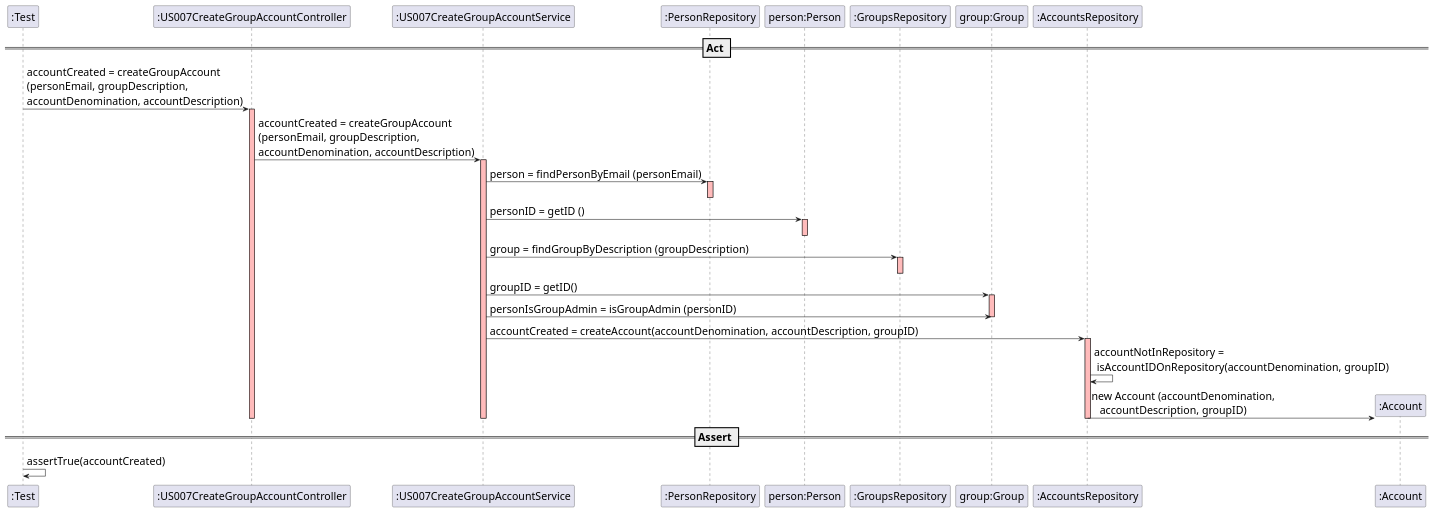
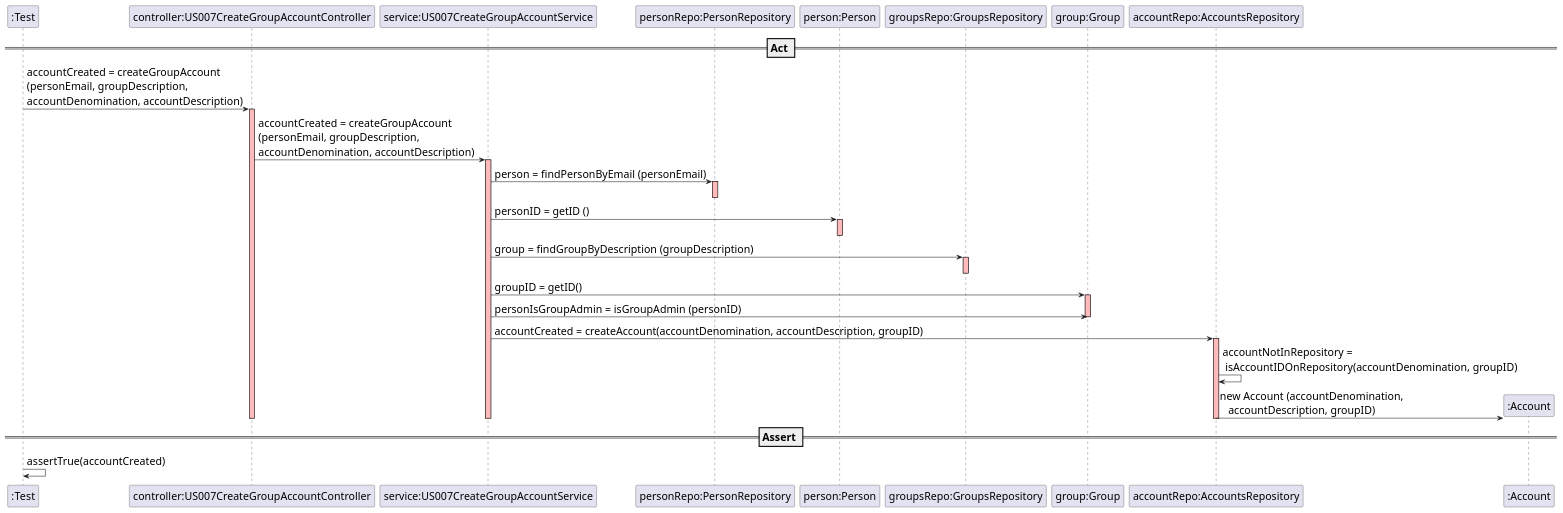
Before and after one commit to mleitaoribeiro/DevOpsMaven: the diagram in src/main/java/switch2019/project/controllers/US007CreateGroupAccountSD.puml, drawn with PlantUML. The commit also changed 2 other files, not shown here.

Commit message:
fixed #653 fixed #683 fixed #682 : changed US007 Sequence Diagram | changed Tests

```diff
--- a/src/main/java/switch2019/project/controllers/US007CreateGroupAccountSD.puml
+++ b/src/main/java/switch2019/project/controllers/US007CreateGroupAccountSD.puml
@@ -1,61 +1,61 @@
 @startuml
 skinparam DefaultFontSize 20
 
 participant ":Test"
-participant ":US007CreateGroupAccountController"
-participant ":US007CreateGroupAccountService"
-participant ":PersonRepository"
+participant "controller:US007CreateGroupAccountController"
+participant "service:US007CreateGroupAccountService"
+participant "personRepo:PersonRepository"
 participant "person:Person"
-participant ":GroupsRepository"
+participant "groupsRepo:GroupsRepository"
 participant "group:Group"
-participant ":AccountsRepository"
+participant "accountRepo:AccountsRepository"
 participant ":Account"
 
 == Act ==
 
-":Test" -> ":US007CreateGroupAccountController" : accountCreated = createGroupAccount\n(personEmail, groupDescription, \naccountDenomination, accountDescription)
-activate ":US007CreateGroupAccountController"  #FFBBBB
+":Test" -> "controller:US007CreateGroupAccountController" : accountCreated = createGroupAccount\n(personEmail, groupDescription, \naccountDenomination, accountDescription)
+activate "controller:US007CreateGroupAccountController"  #FFBBBB
 
-":US007CreateGroupAccountController" -> ":US007CreateGroupAccountService" : accountCreated = createGroupAccount\n(personEmail, groupDescription, \naccountDenomination, accountDescription)
-activate ":US007CreateGroupAccountService"  #FFBBBB
+"controller:US007CreateGroupAccountController" -> "service:US007CreateGroupAccountService" : accountCreated = createGroupAccount\n(personEmail, groupDescription, \naccountDenomination, accountDescription)
+activate "service:US007CreateGroupAccountService"  #FFBBBB
 
-":US007CreateGroupAccountService" -> ":PersonRepository" : person = findPersonByEmail (personEmail)
-activate ":PersonRepository"  #FFBBBB
-deactivate ":PersonRepository"  #FFBBBB
+"service:US007CreateGroupAccountService" -> "personRepo:PersonRepository" : person = findPersonByEmail (personEmail)
+activate "personRepo:PersonRepository"  #FFBBBB
+deactivate "personRepo:PersonRepository"  #FFBBBB
 
-":US007CreateGroupAccountService" -> "person:Person" : personID = getID ()
+"service:US007CreateGroupAccountService" -> "person:Person" : personID = getID ()
 activate "person:Person"  #FFBBBB
 deactivate "person:Person"  #FFBBBB
 
-":US007CreateGroupAccountService" -> ":GroupsRepository" : group = findGroupByDescription (groupDescription)
-activate ":GroupsRepository"  #FFBBBB
-deactivate ":GroupsRepository"  #FFBBBB
+"service:US007CreateGroupAccountService" -> "groupsRepo:GroupsRepository" : group = findGroupByDescription (groupDescription)
+activate "groupsRepo:GroupsRepository"  #FFBBBB
+deactivate "groupsRepo:GroupsRepository"  #FFBBBB
 
-":US007CreateGroupAccountService" -> "group:Group" : groupID = getID()
+"service:US007CreateGroupAccountService" -> "group:Group" : groupID = getID()
 activate "group:Group" #FFBBBB
-":US007CreateGroupAccountService" -> "group:Group" : personIsGroupAdmin = isGroupAdmin (personID)
+"service:US007CreateGroupAccountService" -> "group:Group" : personIsGroupAdmin = isGroupAdmin (personID)
 deactivate "group:Group" #FFBBBB
 
 
 
-":US007CreateGroupAccountService" -> ":AccountsRepository" : accountCreated = createAccount(accountDenomination, accountDescription, groupID)
-activate ":AccountsRepository" #FFBBBB
+"service:US007CreateGroupAccountService" -> "accountRepo:AccountsRepository" : accountCreated = createAccount(accountDenomination, accountDescription, groupID)
+activate "accountRepo:AccountsRepository" #FFBBBB
 
-":AccountsRepository" -> ":AccountsRepository" : accountNotInRepository = \n isAccountIDOnRepository(accountDenomination, groupID)
+"accountRepo:AccountsRepository" -> "accountRepo:AccountsRepository" : accountNotInRepository = \n isAccountIDOnRepository(accountDenomination, groupID)
 
 
 create ":Account"
-":AccountsRepository" -> ":Account" : new Account (accountDenomination, \n   accountDescription, groupID)
+"accountRepo:AccountsRepository" -> ":Account" : new Account (accountDenomination, \n   accountDescription, groupID)
 
-deactivate ":AccountsRepository" #FFBBBB
+deactivate "accountRepo:AccountsRepository" #FFBBBB
 deactivate "group:Group" #FFBBBB
-deactivate ":PersonRepository" #FFBBBB
-deactivate ":GroupsRepository" #FFBBBB
-deactivate ":US007CreateGroupAccountService"  #FFBBBB
-deactivate ":US007CreateGroupAccountController" #FFBBBB
+deactivate "personRepo:PersonRepository" #FFBBBB
+deactivate "groupsRepo:GroupsRepository" #FFBBBB
+deactivate "service:US007CreateGroupAccountService"  #FFBBBB
+deactivate "controller:US007CreateGroupAccountController" #FFBBBB
 
 == Assert ==
 
 ":Test" -> ":Test" : assertTrue(accountCreated)
 
 @enduml
```
